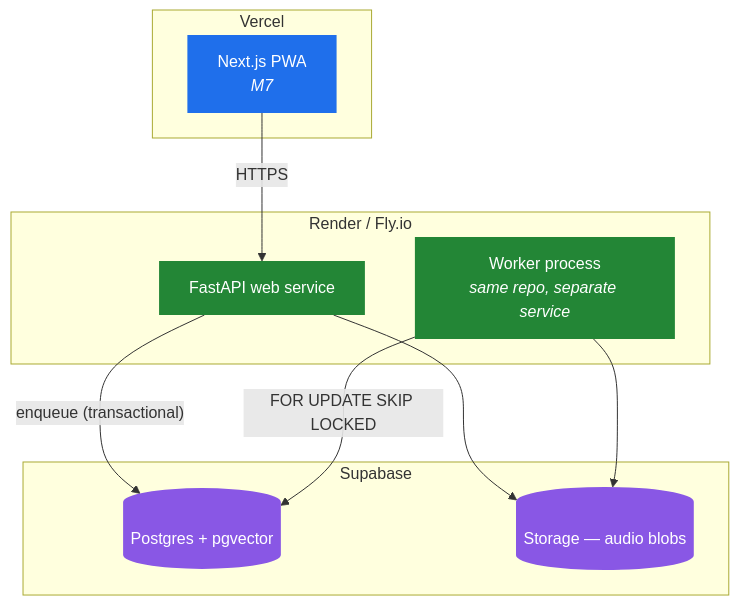
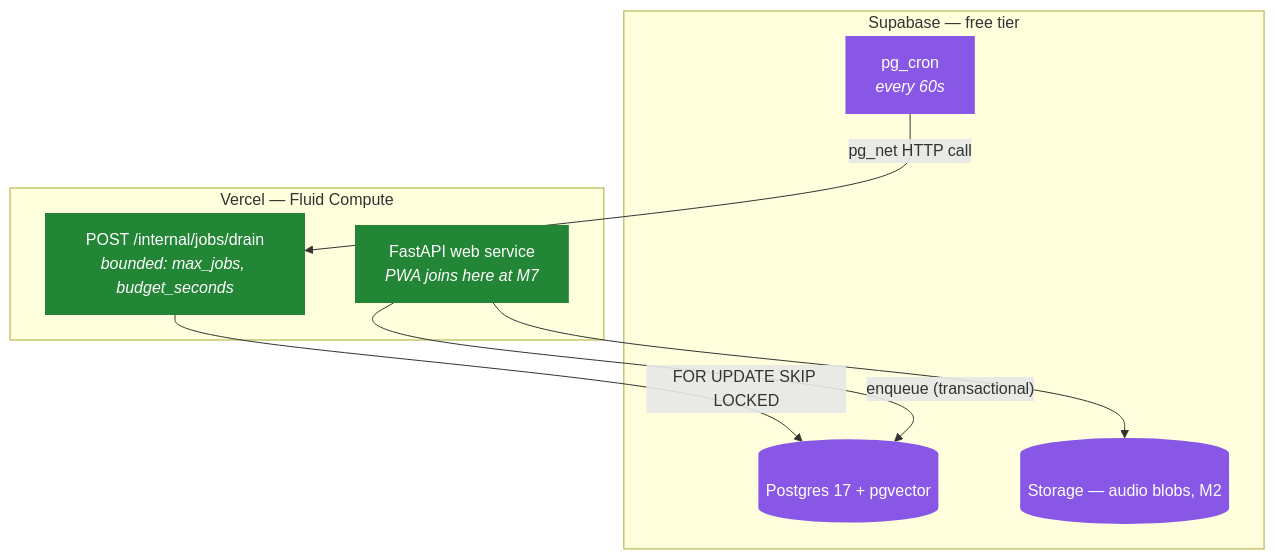
One commit to aabu4537/ALAM changed the third of 3 diagrams in README.md. Above: the diagram before and after it, drawn with Mermaid. The commit also changed other lines of this file and 27 other files, not shown here.

````diff
--- a/README.md
+++ b/README.md
@@ -154,26 +168,23 @@
 ```mermaid
 flowchart TB
-    subgraph V ["Vercel"]
-        PWA["Next.js PWA<br/><i>M7</i>"]
+    subgraph V ["Vercel — Fluid Compute"]
+        API["FastAPI web service<br/><i>PWA joins here at M7</i>"]
+        DRAIN["POST /internal/jobs/drain<br/><i>bounded: max_jobs, budget_seconds</i>"]
     end
-    subgraph R ["Render / Fly.io"]
-        API["FastAPI web service"]
-        W["Worker process<br/><i>same repo, separate service</i>"]
-    end
-    subgraph S ["Supabase"]
-        DB[("Postgres + pgvector")]
-        ST[("Storage — audio blobs")]
+    subgraph S ["Supabase — free tier"]
+        DB[("Postgres 17 + pgvector")]
+        CRON["pg_cron<br/><i>every 60s</i>"]
+        ST[("Storage — audio blobs, M2")]
     end
 
-    PWA -->|HTTPS| API
     API -->|"enqueue (transactional)"| DB
-    W -->|"FOR UPDATE SKIP LOCKED"| DB
+    CRON -->|"pg_net HTTP call"| DRAIN
+    DRAIN -->|"FOR UPDATE SKIP LOCKED"| DB
     API --> ST
-    W --> ST
 
-    style PWA fill:#1f6feb,color:#fff,stroke:none
     style API fill:#238636,color:#fff,stroke:none
-    style W fill:#238636,color:#fff,stroke:none
+    style DRAIN fill:#238636,color:#fff,stroke:none
     style DB fill:#8957e5,color:#fff,stroke:none
+    style CRON fill:#8957e5,color:#fff,stroke:none
     style ST fill:#8957e5,color:#fff,stroke:none
 ```
````
